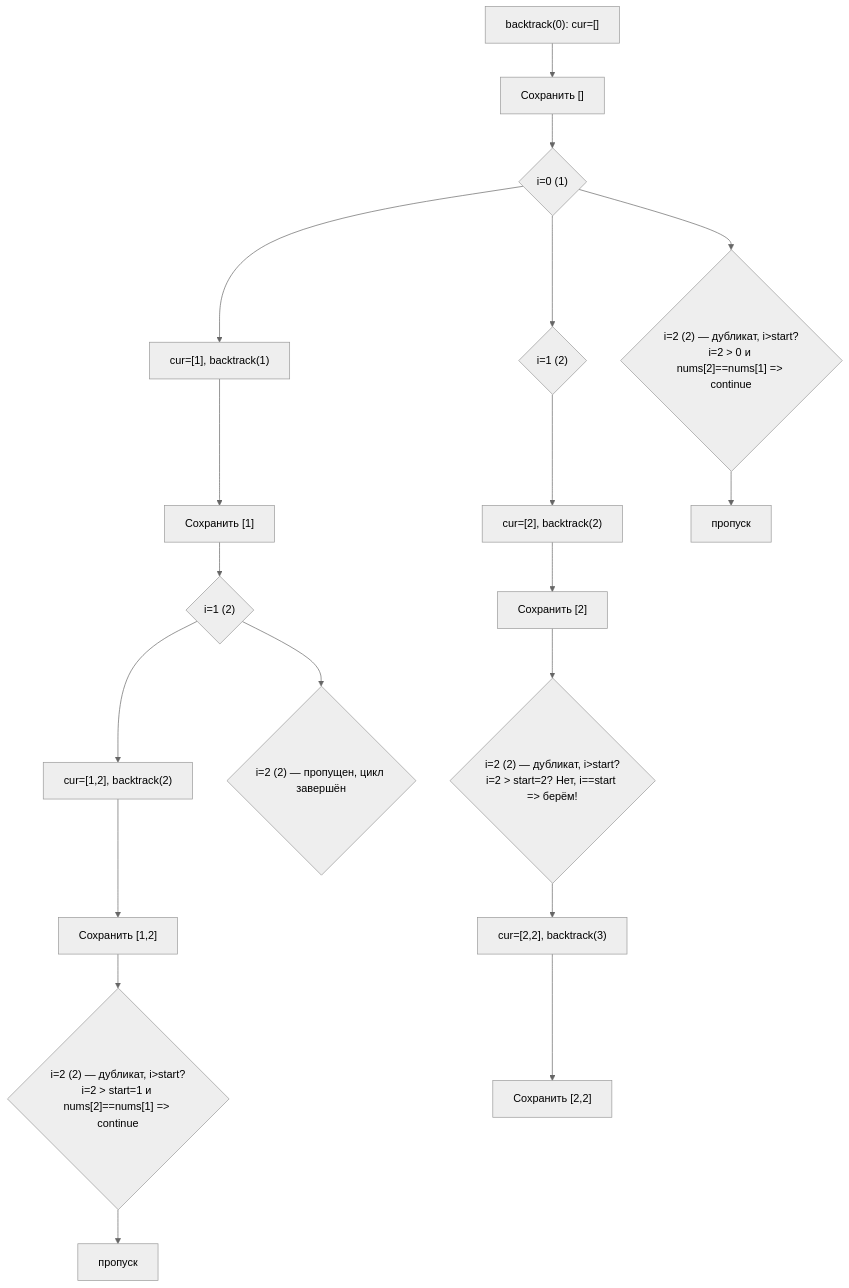
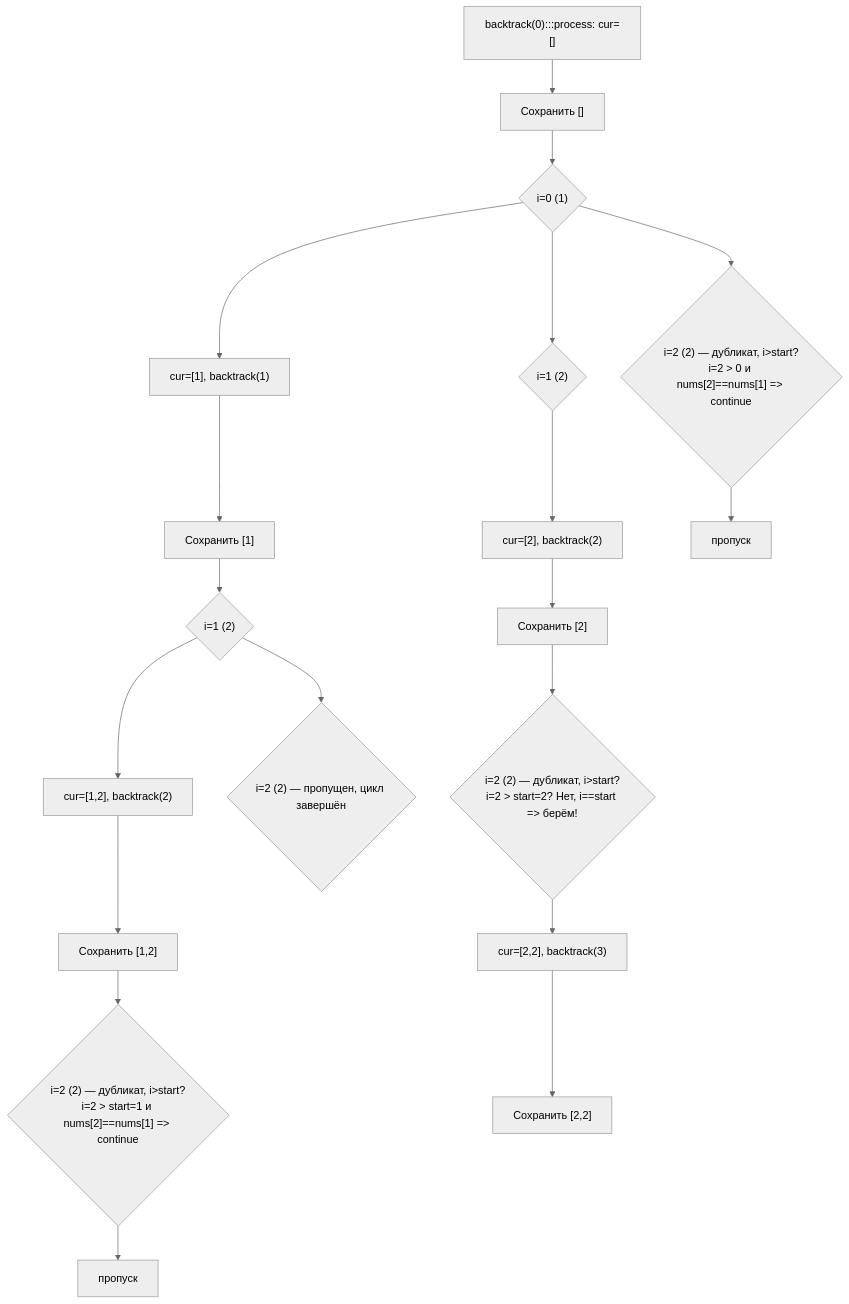
Before and after one commit to UnrealTemplier/go-textbook: the diagram in sources/21. Задачи с LeetCode и собеседований на Go/02. Задачи/10. Backtracking/4. Subsets II.md, drawn with Mermaid (neutral theme). The commit also changed 1666 other files, not shown here.

First line of the commit message:
feat(mermaid): add semantic color classDef to 1369 colorless flowchart/graph diagrams

````diff
--- a/sources/21. Задачи с LeetCode и собеседований на Go/02. Задачи/10. Backtracking/4. Subsets II.md
+++ b/sources/21. Задачи с LeetCode и собеседований на Go/02. Задачи/10. Backtracking/4. Subsets II.md
@@ -68,23 +68,33 @@
 ```mermaid
 flowchart TD
-    A["backtrack(0): cur=[]"] --> B["Сохранить []"]
+    classDef process  fill:#1e293b,stroke:#38bdf8,stroke-width:1px,color:#f8fafc
+    classDef success  fill:#064e3b,stroke:#34d399,stroke-width:1px,color:#f8fafc
+    classDef error    fill:#7f1d1d,stroke:#f87171,stroke-width:1px,color:#f8fafc
+    classDef warning  fill:#78350f,stroke:#fbbf24,stroke-width:1px,color:#f8fafc
+    classDef entry    fill:#1e3a5f,stroke:#38bdf8,stroke-width:2px,color:#f8fafc
+    classDef aux      fill:#334155,stroke:#64748b,stroke-width:1px,color:#f8fafc
+    classDef system   fill:#312e81,stroke:#a78bfa,stroke-width:1px,color:#f8fafc
+    classDef data     fill:#132d29,stroke:#2dd4bf,stroke-width:1px,color:#f8fafc
+    classDef network  fill:#881337,stroke:#fb7185,stroke-width:1px,color:#f8fafc
+    classDef accent   fill:#1e1b4b,stroke:#818cf8,stroke-width:1px,color:#f8fafc
+    A["backtrack(0):::process: cur=[]"] --> B["Сохранить []"]
     B --> C{"i=0 (1)"}
     C --> D["cur=[1], backtrack(1)"]
     D --> D1["Сохранить [1]"]
     D1 --> D2{"i=1 (2)"}
     D2 --> E["cur=[1,2], backtrack(2)"]
     E --> E1["Сохранить [1,2]"]
     E1 --> E2{"i=2 (2) — дубликат, i>start?<br>i=2 > start=1 и nums[2]==nums[1] => continue"}
     E2 --> F["пропуск"]
     D2 --> G{"i=2 (2) — пропущен, цикл завершён"}
     
     C --> H{"i=1 (2)"}
     H --> I["cur=[2], backtrack(2)"]
     I --> I1["Сохранить [2]"]
     I1 --> I2{"i=2 (2) — дубликат, i>start?<br>i=2 > start=2? Нет, i==start => берём!"}
     I2 --> J["cur=[2,2], backtrack(3)"]
     J --> J1["Сохранить [2,2]"]
     
     C --> K{"i=2 (2) — дубликат, i>start?<br>i=2 > 0 и nums[2]==nums[1] => continue"}
     K --> L["пропуск"]
 ```
````
